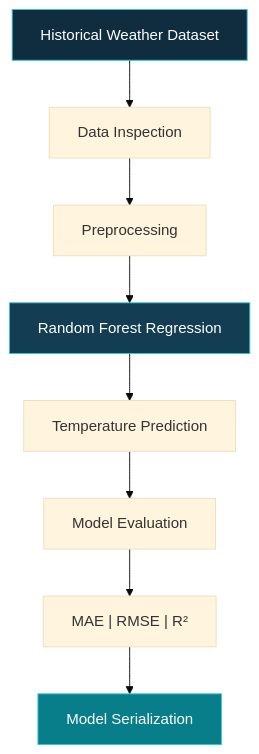
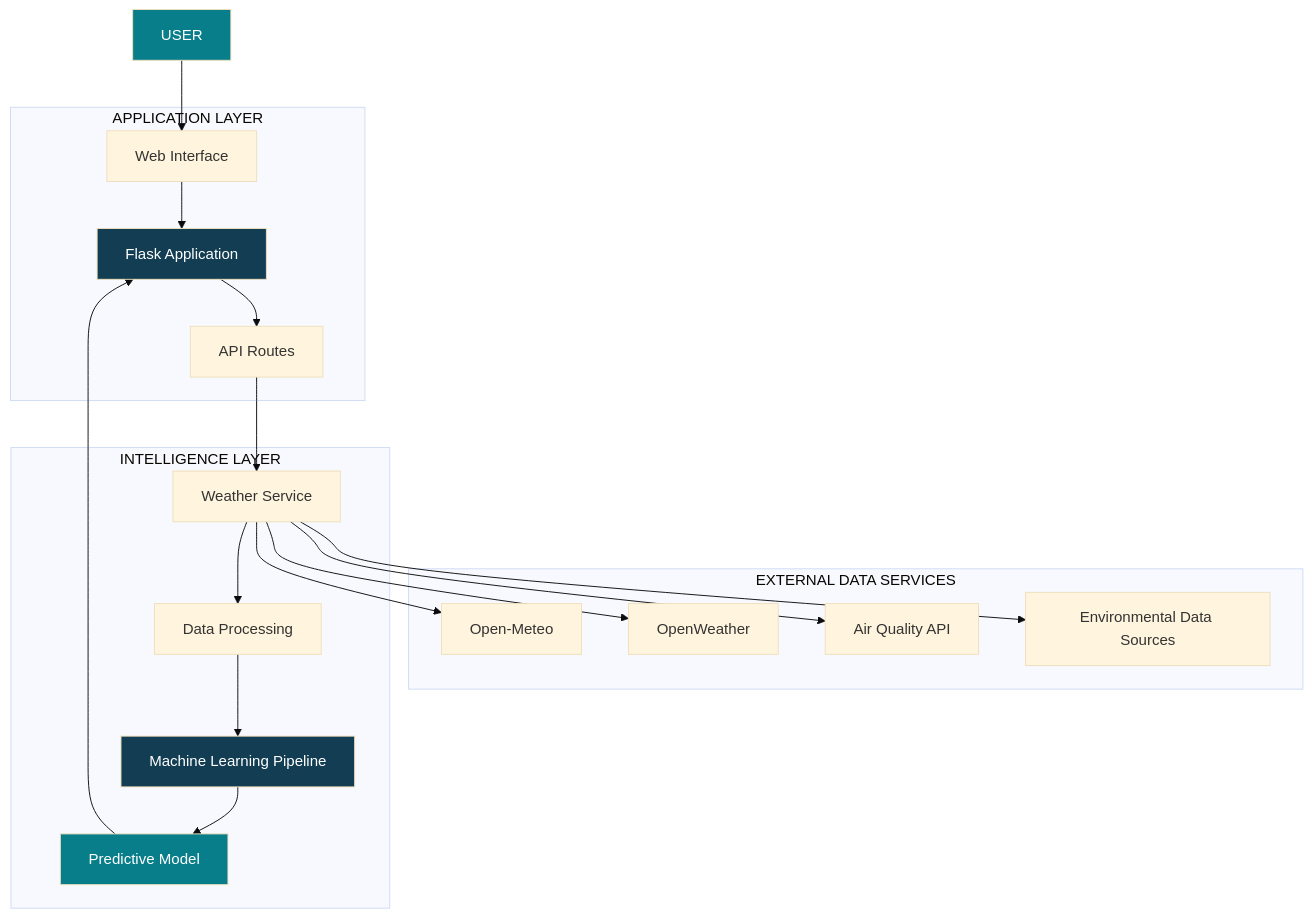
The diagram in README.md (priyanshukumarverma091-hub/WeatherShield), drawn with Mermaid (base theme) before and after one commit. The commit also changed other lines of this file, not shown here.

````diff
--- a/README.md
+++ b/README.md
@@ -34,14 +102,46 @@
 ```mermaid
-flowchart TD
-    A["Historical Weather Dataset"] --> B["Data Inspection"]
-    B --> C["Preprocessing"]
-    C --> D["Random Forest Regression"]
-    D --> E["Temperature Prediction"]
-    E --> F["Model Evaluation"]
-    F --> G["MAE | RMSE | R²"]
-    G --> H["Model Serialization"]
-    
-    style A fill:#102D40,color:#fff,stroke:#35C6D0
-    style D fill:#123D52,color:#fff,stroke:#35C6D0
-    style H fill:#087E8B,color:#fff,stroke:#35C6D0
+flowchart TB
+
+    USER["USER"]
+
+    subgraph APPLICATION["APPLICATION LAYER"]
+        UI["Web Interface"]
+        FLASK["Flask Application"]
+        ROUTES["API Routes"]
+    end
+
+    subgraph DATA["EXTERNAL DATA SERVICES"]
+        OM["Open-Meteo"]
+        OW["OpenWeather"]
+        AQ["Air Quality API"]
+        OTHER["Environmental Data Sources"]
+    end
+
+    subgraph INTELLIGENCE["INTELLIGENCE LAYER"]
+        SERVICE["Weather Service"]
+        PROCESS["Data Processing"]
+        ML["Machine Learning Pipeline"]
+        MODEL["Predictive Model"]
+    end
+
+    USER --> UI
+    UI --> FLASK
+    FLASK --> ROUTES
+    ROUTES --> SERVICE
+
+    SERVICE --> OM
+    SERVICE --> OW
+    SERVICE --> AQ
+    SERVICE --> OTHER
+
+    SERVICE --> PROCESS
+    PROCESS --> ML
+    ML --> MODEL
+
+    MODEL --> FLASK
+
+    style USER fill:#087E8B,color:#fff
+    style FLASK fill:#123D52,color:#fff
+    style ML fill:#123D52,color:#fff
+    style MODEL fill:#087E8B,color:#fff
 ```
````
